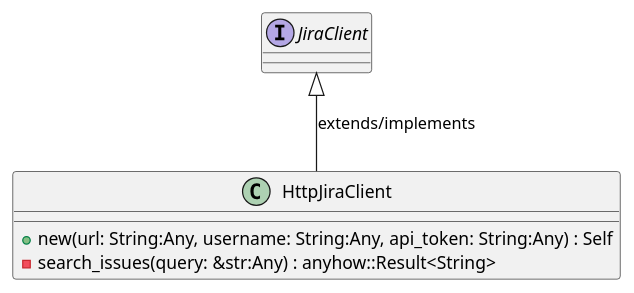
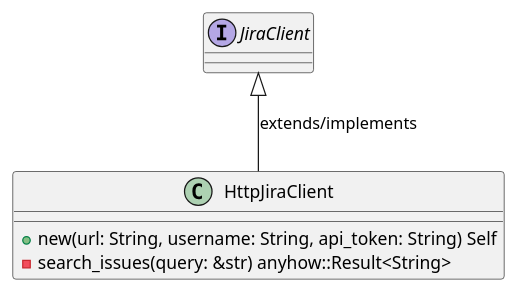
One commit to lgcorzo/rust_CACD_autonomous_factory changed the first of 6 diagrams in openwiki/crates_factory_infrastructure_src_jira.md. Above: the diagram before and after it, drawn with PlantUML. The commit also changed other lines of this file and 97 other files, not shown here.

First line of the commit message:
Fix Rust AST parsing for method and function parameters, and update OKF UML frontmatter

````diff
--- a/openwiki/crates_factory_infrastructure_src_jira.md
+++ b/openwiki/crates_factory_infrastructure_src_jira.md
@@ -95,12 +100,12 @@
 ```plantuml
 @startuml
 class HttpJiraClient {
-    +new(url: String:Any, username: String:Any, api_token: String:Any) : Self
-    -search_issues(query: &str:Any) : anyhow::Result<String>
+    +new(url: String, username: String, api_token: String) Self
+    -search_issues(query: &str) anyhow::Result<String>
 }
 JiraClient <|-- HttpJiraClient : extends/implements
 interface JiraClient {
 }
 @enduml
 
 ```
````
